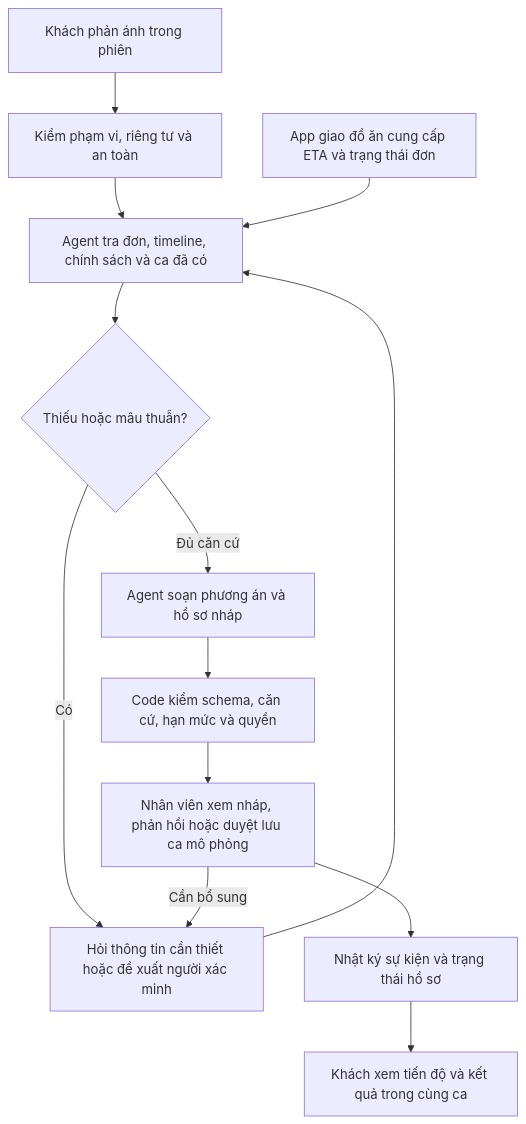
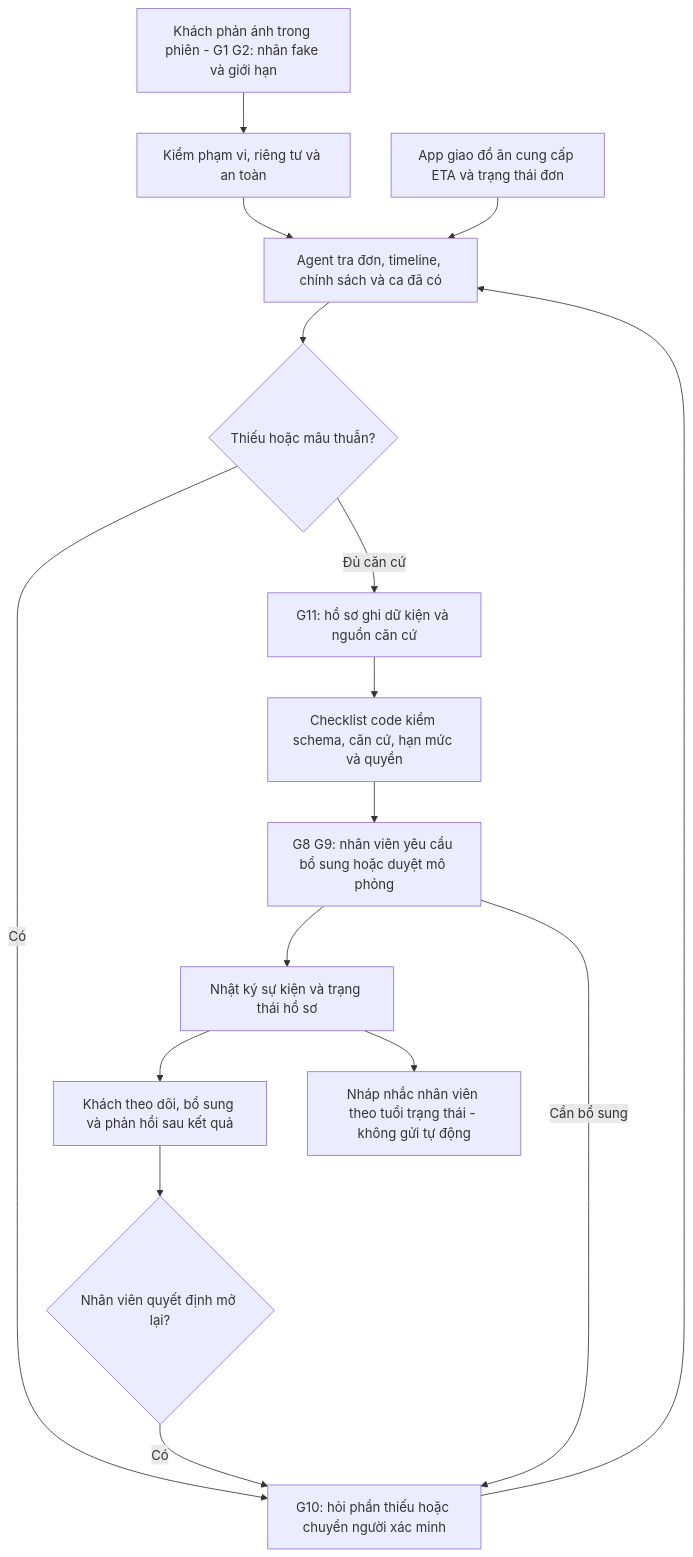
The diagram in spec.md (MinhTrannnnn/K5-Day15-L3B-Ishowspeed), drawn with Mermaid before and after one commit. The commit also changed other lines of this file and 19 other files, not shown here.

Commit message:
Triển khai mở rộng CP2 và bổ sung hồ sơ thiết kế, chấm độc lập

````diff
--- a/spec.md
+++ b/spec.md
@@ -65,15 +66,18 @@
 ```mermaid
 flowchart TD
-    A[Khách phản ánh trong phiên] --> B[Kiểm phạm vi, riêng tư và an toàn]
+    A[Khách phản ánh trong phiên - G1 G2: nhãn fake và giới hạn] --> B[Kiểm phạm vi, riêng tư và an toàn]
     B --> C[Agent tra đơn, timeline, chính sách và ca đã có]
     C --> D{Thiếu hoặc mâu thuẫn?}
-    D -->|Có| E[Hỏi thông tin cần thiết hoặc đề xuất người xác minh]
+    D -->|Có| E[G10: hỏi phần thiếu hoặc chuyển người xác minh]
     E --> C
-    D -->|Đủ căn cứ| F[Agent soạn phương án và hồ sơ nháp]
-    F --> G[Code kiểm schema, căn cứ, hạn mức và quyền]
-    G --> H[Nhân viên xem nháp, phản hồi hoặc duyệt lưu ca mô phỏng]
+    D -->|Đủ căn cứ| F[G11: hồ sơ ghi dữ kiện và nguồn căn cứ]
+    F --> G[Checklist code kiểm schema, căn cứ, hạn mức và quyền]
+    G --> H[G8 G9: nhân viên yêu cầu bổ sung hoặc duyệt mô phỏng]
     H --> I[Nhật ký sự kiện và trạng thái hồ sơ]
-    I --> J[Khách xem tiến độ và kết quả trong cùng ca]
+    I --> J[Khách theo dõi, bổ sung và phản hồi sau kết quả]
     H -->|Cần bổ sung| E
     K[App giao đồ ăn cung cấp ETA và trạng thái đơn] --> C
+    I --> N[Nháp nhắc nhân viên theo tuổi trạng thái - không gửi tự động]
+    J --> R{Nhân viên quyết định mở lại?}
+    R -->|Có| E
 ```
````
